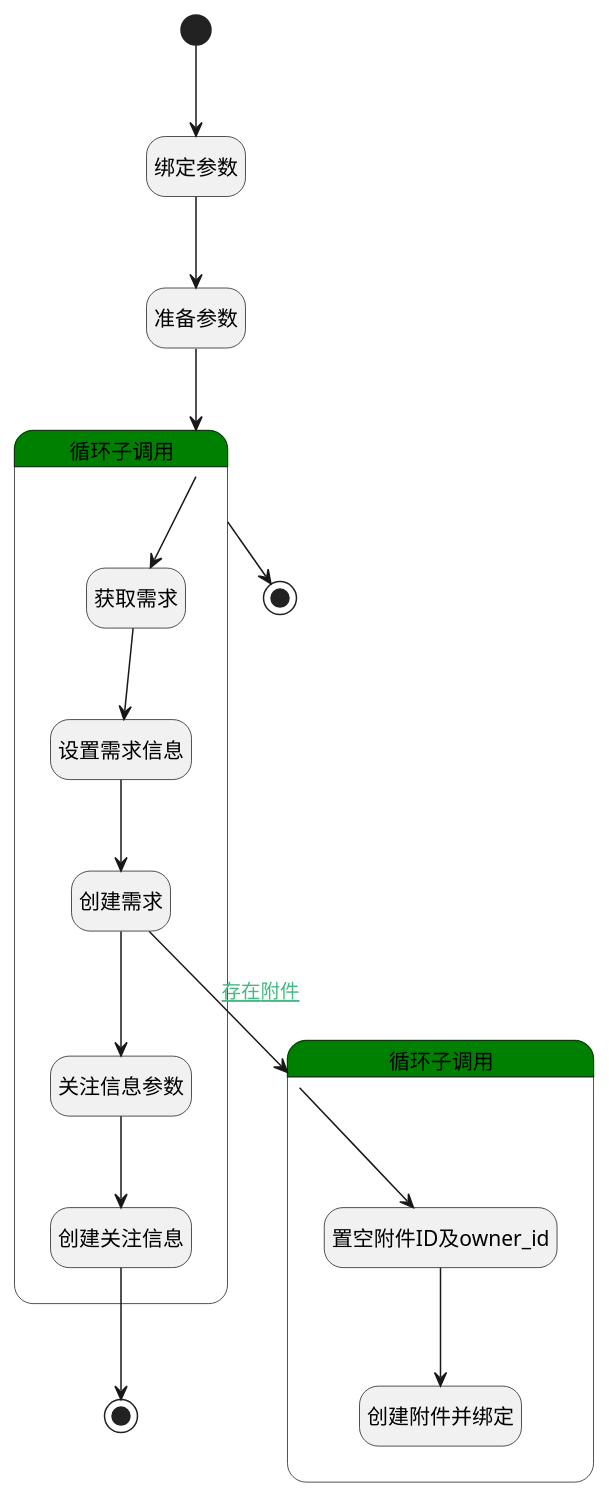
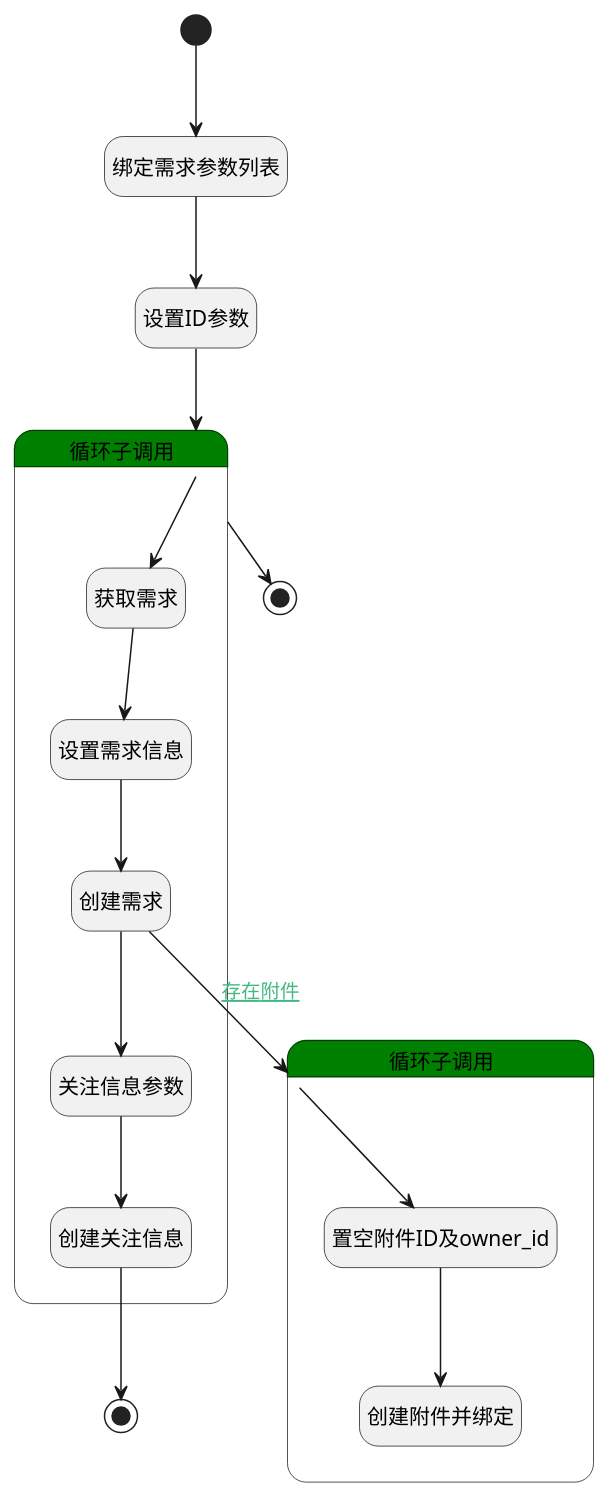
Before and after one commit to iBizLab/plm: the diagram in doc/docsify/module/ProdMgmt/idea/logic/idea_copy.md, drawn with PlantUML. The commit also changed other lines of this file and 1068 other files, not shown here.

````diff
--- a/doc/docsify/module/ProdMgmt/idea/logic/idea_copy.md
+++ b/doc/docsify/module/ProdMgmt/idea/logic/idea_copy.md
@@ -7,45 +7,45 @@
 ```plantuml
 @startuml
 hide empty description
 <style>
 root {
   HyperlinkColor #42b983
 }
 </style>
 
 hide empty description
 state "开始" as Begin <<start>> [[$./idea_copy#begin {"开始"}]]
-state "绑定参数" as BINDPARAM1  [[$./idea_copy#bindparam1 {"绑定参数"}]]
-state "准备参数" as PREPAREPARAM3  [[$./idea_copy#prepareparam3 {"准备参数"}]]
+state "绑定需求参数列表" as BINDPARAM1  [[$./idea_copy#bindparam1 {"绑定需求参数列表"}]]
+state "设置ID参数" as PREPAREPARAM3  [[$./idea_copy#prepareparam3 {"设置ID参数"}]]
 state "结束" as END1 <<end>> [[$./idea_copy#end1 {"结束"}]]
 state "结束" as END2 <<end>> [[$./idea_copy#end2 {"结束"}]]
 state "循环子调用" as LOOPSUBCALL1  [[$./idea_copy#loopsubcall1 {"循环子调用"}]] #green {
 state "获取需求" as DEACTION2  [[$./idea_copy#deaction2 {"获取需求"}]]
 state "设置需求信息" as PREPAREPARAM1  [[$./idea_copy#prepareparam1 {"设置需求信息"}]]
 state "创建需求" as DEACTION1  [[$./idea_copy#deaction1 {"创建需求"}]]
 state "关注信息参数" as PREPAREPARAM4  [[$./idea_copy#prepareparam4 {"关注信息参数"}]]
 state "创建关注信息" as DEACTION4  [[$./idea_copy#deaction4 {"创建关注信息"}]]
 }
 state "循环子调用" as LOOPSUBCALL2  [[$./idea_copy#loopsubcall2 {"循环子调用"}]] #green {
 state "置空附件ID及owner_id" as PREPAREPARAM2  [[$./idea_copy#prepareparam2 {"置空附件ID及owner_id"}]]
 state "创建附件并绑定" as DEACTION3  [[$./idea_copy#deaction3 {"创建附件并绑定"}]]
 }
 
 
 Begin --> BINDPARAM1
 BINDPARAM1 --> PREPAREPARAM3
 PREPAREPARAM3 --> LOOPSUBCALL1
 LOOPSUBCALL1 --> DEACTION2
 DEACTION2 --> PREPAREPARAM1
 PREPAREPARAM1 --> DEACTION1
 DEACTION1 --> LOOPSUBCALL2 : [[$./idea_copy#deaction1-loopsubcall2{存在附件} 存在附件]]
 LOOPSUBCALL2 --> PREPAREPARAM2
 PREPAREPARAM2 --> DEACTION3
 DEACTION1 --> PREPAREPARAM4
 PREPAREPARAM4 --> DEACTION4
 DEACTION4 --> END2
 LOOPSUBCALL1 --> END1
 
 
 @enduml
 ```
````
